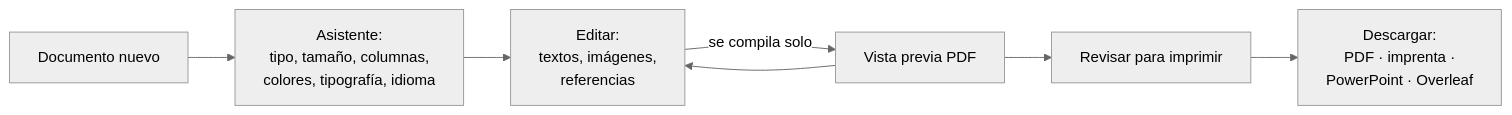
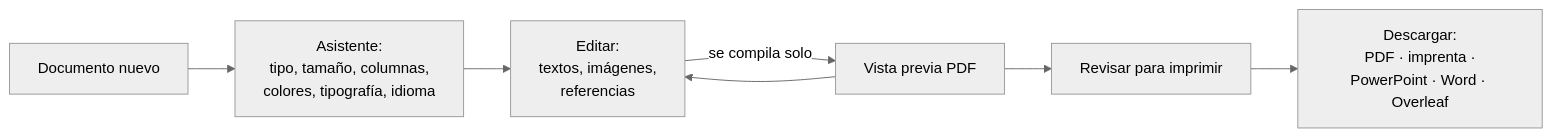
One commit to chalpm/docslab changed the third of 6 diagrams in LEEME.md. Above: the diagram before and after it, drawn with Mermaid (neutral theme). The commit also changed other lines of this file and 23 other files, not shown here.

First line of the commit message:
feat: PowerPoint todo editable con animaciones y exportar a Word

````diff
--- a/LEEME.md
+++ b/LEEME.md
@@ -314,9 +316,9 @@
 ```mermaid
 flowchart LR
     A[Documento nuevo] --> B[Asistente:<br/>tipo, tamaño, columnas,<br/>colores, tipografía, idioma]
     B --> C[Editar:<br/>textos, imágenes,<br/>referencias]
     C -->|se compila solo| D[Vista previa PDF]
     D --> C
     D --> E[Revisar para imprimir]
-    E --> F[Descargar:<br/>PDF · imprenta ·<br/>PowerPoint · Overleaf]
+    E --> F[Descargar:<br/>PDF · imprenta ·<br/>PowerPoint · Word · Overleaf]
 ```
````
